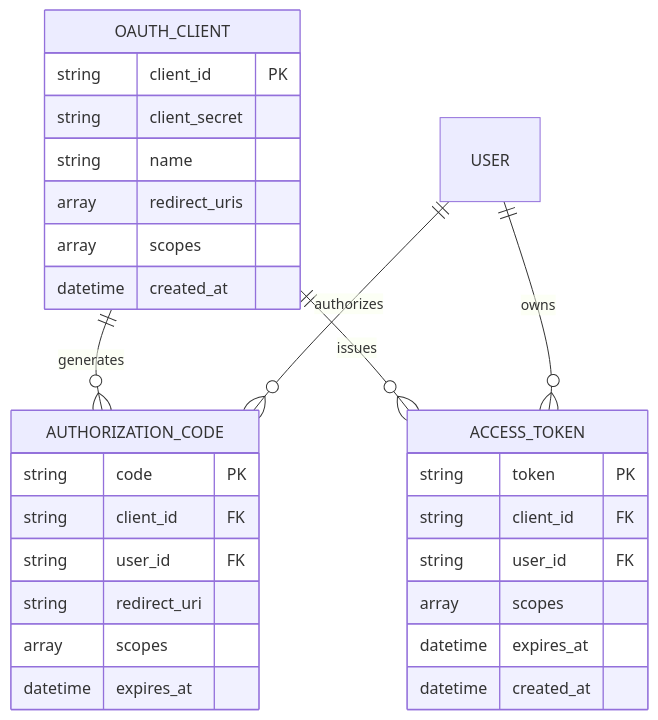
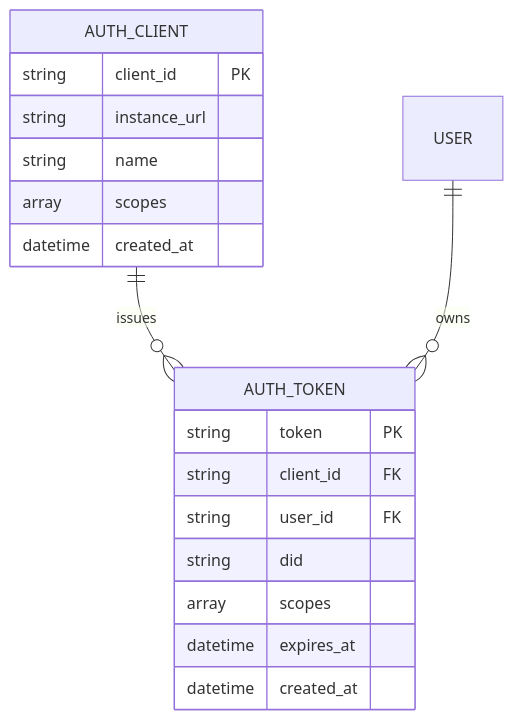
Before and after one commit to syr-is/syr: the eighth of 19 diagrams in Architecture.md, drawn with Mermaid. The commit also changed other lines of this file and 491 other files, not shown here.

````diff
--- a/Architecture.md
+++ b/Architecture.md
@@ -300,34 +328,23 @@
 ```mermaid
 erDiagram
-    OAUTH_CLIENT ||--o{ AUTHORIZATION_CODE : generates
-    OAUTH_CLIENT ||--o{ ACCESS_TOKEN : issues
-    USER ||--o{ AUTHORIZATION_CODE : authorizes
-    USER ||--o{ ACCESS_TOKEN : owns
+    AUTH_CLIENT ||--o{ AUTH_TOKEN : issues
+    USER ||--o{ AUTH_TOKEN : owns
 
-    OAUTH_CLIENT {
+    AUTH_CLIENT {
         string client_id PK
-        string client_secret
+        string instance_url
         string name
-        array redirect_uris
         array scopes
         datetime created_at
     }
 
-    AUTHORIZATION_CODE {
-        string code PK
-        string client_id FK
-        string user_id FK
-        string redirect_uri
-        array scopes
-        datetime expires_at
-    }
-
-    ACCESS_TOKEN {
+    AUTH_TOKEN {
         string token PK
         string client_id FK
         string user_id FK
+        string did
         array scopes
         datetime expires_at
         datetime created_at
     }
 ```
````
